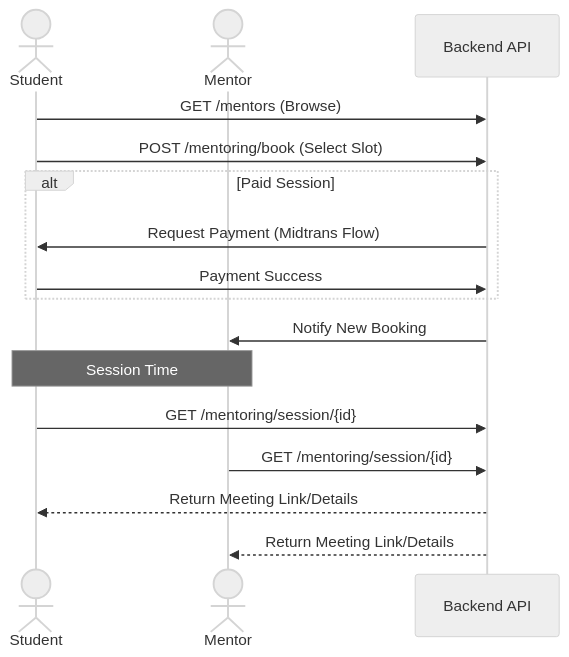
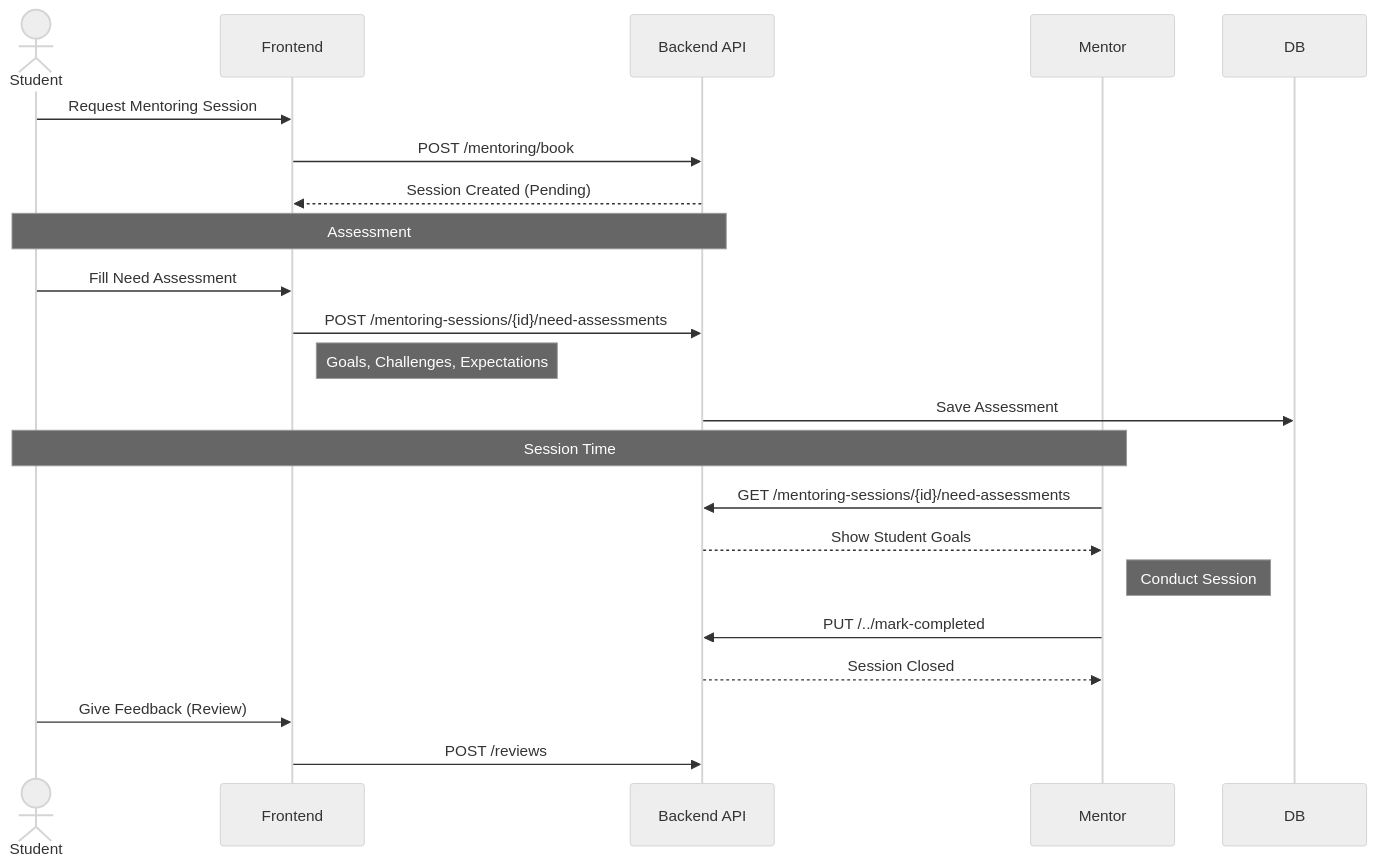
The sixth of 8 diagrams in APP_FLOWS.md (23081010076-oss/backend), drawn with Mermaid (neutral theme) before and after one commit. The commit also changed other lines of this file, not shown here.

Commit message:
docs: Expand application flows documentation by adding new sections for portfolio, course management, articles, and corporate services, and enhancing details of existing flows.

````diff
--- a/APP_FLOWS.md
+++ b/APP_FLOWS.md
@@ -125,24 +186,29 @@
 ```mermaid
 sequenceDiagram
     actor Student
-    actor Mentor
+    participant FE as Frontend
     participant API as Backend API
+    participant Mentor
 
-    Student->>API: GET /mentors (Browse)
-    Student->>API: POST /mentoring/book (Select Slot)
+    Student->>FE: Request Mentoring Session
+    FE->>API: POST /mentoring/book
+    API-->>FE: Session Created (Pending)
     
-    alt Paid Session
-        API->>Student: Request Payment (Midtrans Flow)
-        Student->>API: Payment Success
-    end
-    
-    API->>Mentor: Notify New Booking
+    Note over Student, API: Assessment
+    Student->>FE: Fill Need Assessment
+    FE->>API: POST /mentoring-sessions/{id}/need-assessments
+    Note right of FE: Goals, Challenges, Expectations
+    API->>DB: Save Assessment
     
     Note over Student, Mentor: Session Time
+    Mentor->>API: GET /mentoring-sessions/{id}/need-assessments
+    API-->>Mentor: Show Student Goals
     
-    Student->>API: GET /mentoring/session/{id}
-    Mentor->>API: GET /mentoring/session/{id}
+    Note right of Mentor: Conduct Session
     
-    API-->>Student: Return Meeting Link/Details
-    API-->>Mentor: Return Meeting Link/Details
+    Mentor->>API: PUT /../mark-completed
+    API-->>Mentor: Session Closed
+    
+    Student->>FE: Give Feedback (Review)
+    FE->>API: POST /reviews
 ```
````
